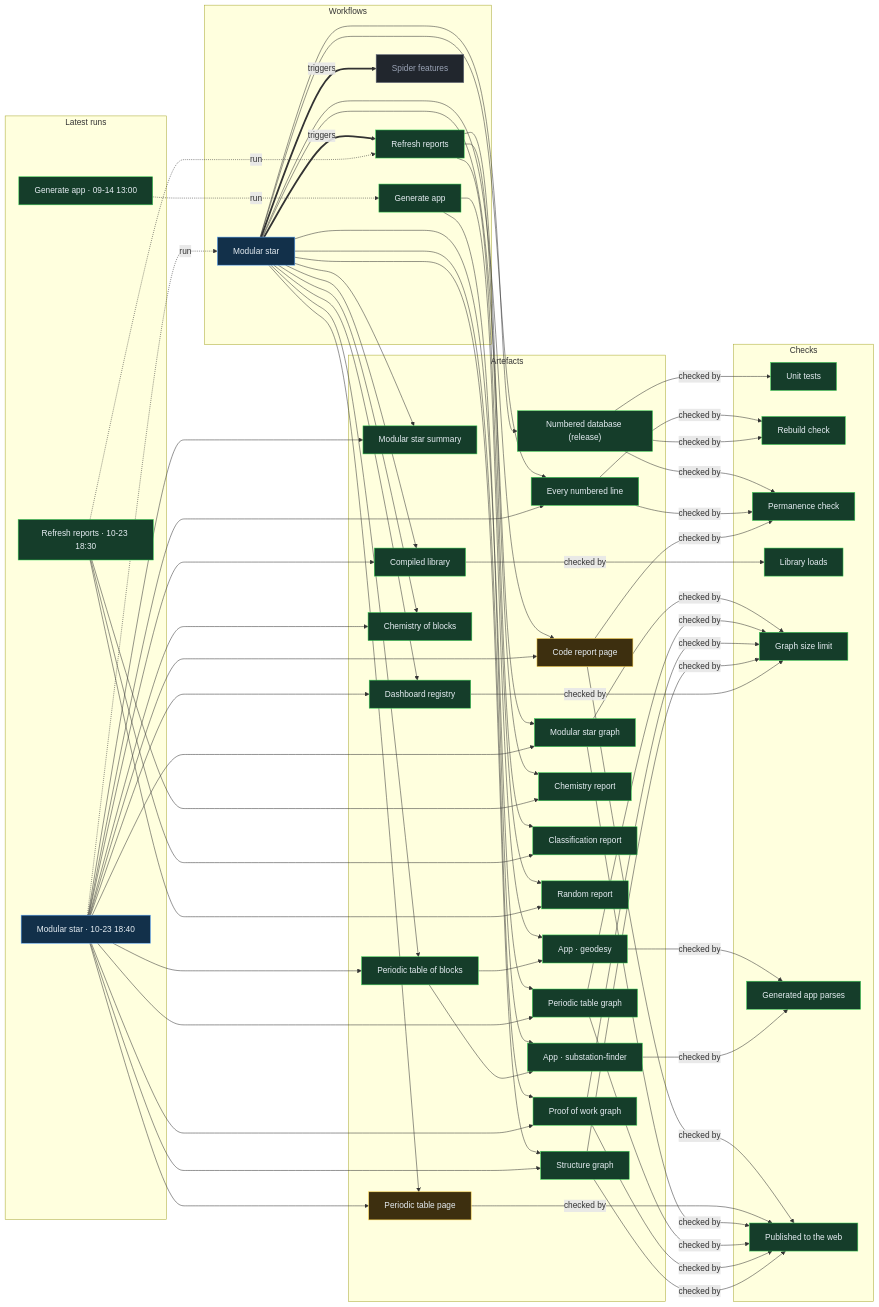
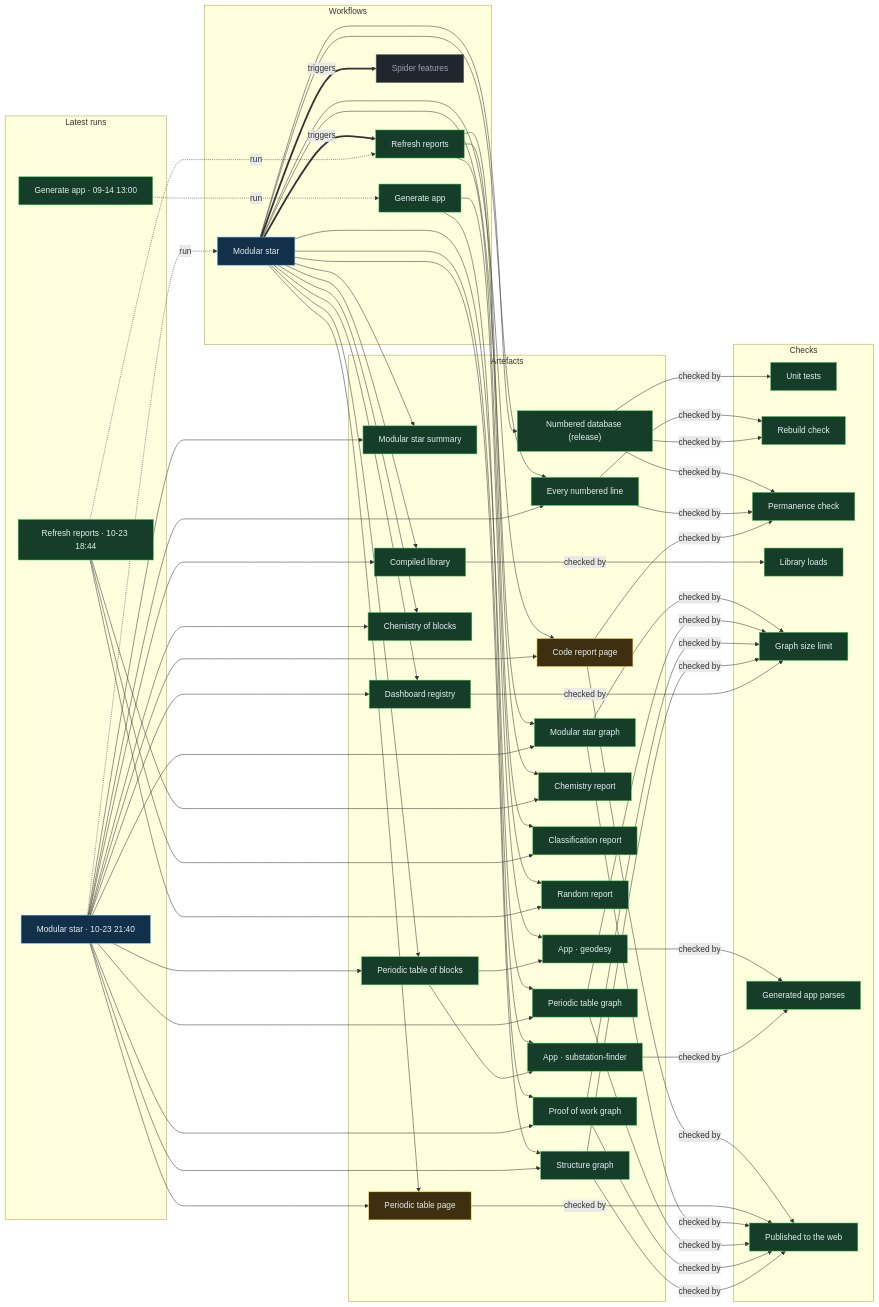
Before and after one commit to Ventusltd/stars: the diagram in proof/PROOF.md, drawn with Mermaid. The commit also changed other lines of this file and 33 other files, not shown here.

Commit message:
Modular star 2026-10-23T21:42Z

```diff
--- a/proof/PROOF.md
+++ b/proof/PROOF.md
@@ -24,8 +24,8 @@
   n_wf_spider_features["Spider features"]:::off
   end
   subgraph g_runs["Latest runs"]
-  n_run_40005294962["Modular star · 10-23 18:40"]:::live
-  n_run_40003900425["Refresh reports · 10-23 18:30"]:::ok
+  n_run_40028501180["Modular star · 10-23 21:40"]:::live
+  n_run_40005759409["Refresh reports · 10-23 18:44"]:::ok
   n_run_34846587798["Generate app · 09-14 13:00"]:::ok
   end
   subgraph g_artefacts["Artefacts"]
@@ -59,39 +59,39 @@
   end
   n_wf_modular_star == triggers ==> n_wf_refresh
   n_wf_modular_star == triggers ==> n_wf_spider_features
-  n_run_40005294962 -. run .-> n_wf_modular_star
-  n_run_40003900425 -. run .-> n_wf_refresh
+  n_run_40028501180 -. run .-> n_wf_modular_star
+  n_run_40005759409 -. run .-> n_wf_refresh
   n_run_34846587798 -. run .-> n_wf_generate
   n_wf_modular_star --> n_art_summary
-  n_run_40005294962 --> n_art_summary
+  n_run_40028501180 --> n_art_summary
   n_wf_modular_star --> n_art_lines
-  n_run_40005294962 --> n_art_lines
+  n_run_40028501180 --> n_art_lines
   n_wf_modular_star --> n_art_code
-  n_run_40005294962 --> n_art_code
+  n_run_40028501180 --> n_art_code
   n_wf_modular_star --> n_art_modular_graph
-  n_run_40005294962 --> n_art_modular_graph
+  n_run_40028501180 --> n_art_modular_graph
   n_wf_modular_star --> n_art_blocks
-  n_run_40005294962 --> n_art_blocks
+  n_run_40028501180 --> n_art_blocks
   n_wf_modular_star --> n_art_table
-  n_run_40005294962 --> n_art_table
+  n_run_40028501180 --> n_art_table
   n_wf_modular_star --> n_art_blocks_graph
-  n_run_40005294962 --> n_art_blocks_graph
+  n_run_40028501180 --> n_art_blocks_graph
   n_wf_modular_star --> n_art_reactions
-  n_run_40005294962 --> n_art_reactions
+  n_run_40028501180 --> n_art_reactions
   n_wf_modular_star --> n_art_library
-  n_run_40005294962 --> n_art_library
+  n_run_40028501180 --> n_art_library
   n_wf_modular_star --> n_art_features
-  n_run_40005294962 --> n_art_features
+  n_run_40028501180 --> n_art_features
   n_wf_modular_star --> n_art_proof
-  n_run_40005294962 --> n_art_proof
+  n_run_40028501180 --> n_art_proof
   n_wf_modular_star --> n_art_structure
-  n_run_40005294962 --> n_art_structure
+  n_run_40028501180 --> n_art_structure
   n_wf_refresh --> n_art_chemistry
-  n_run_40003900425 --> n_art_chemistry
+  n_run_40005759409 --> n_art_chemistry
   n_wf_refresh --> n_art_vedic
-  n_run_40003900425 --> n_art_vedic
+  n_run_40005759409 --> n_art_vedic
   n_wf_refresh --> n_art_random
-  n_run_40003900425 --> n_art_random
+  n_run_40005759409 --> n_art_random
   n_wf_modular_star --> n_art_release
   n_wf_generate --> n_app_geodesy
   n_art_blocks --> n_app_geodesy
```
